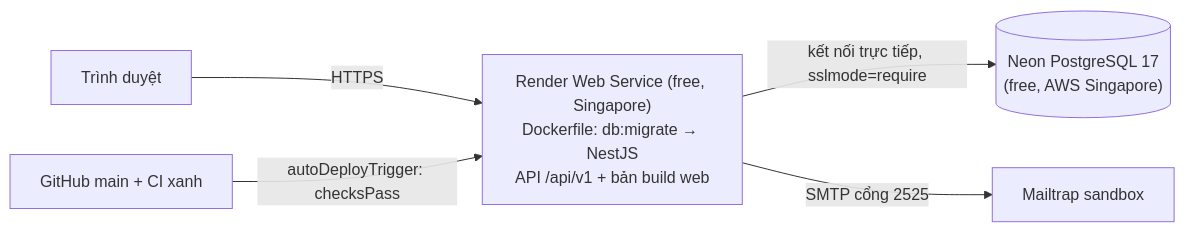
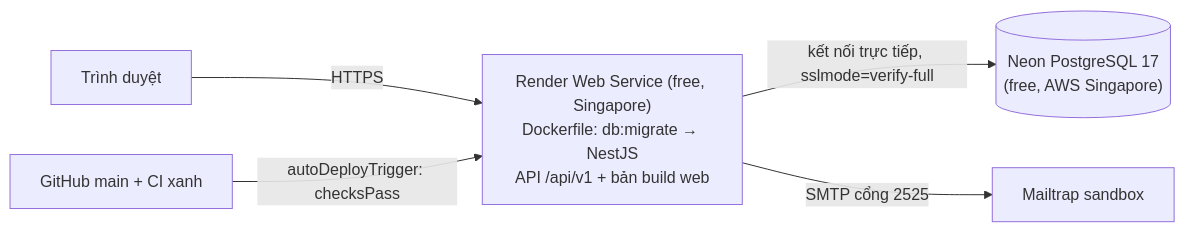
Before and after one commit to hoanghainh1188/planix-v2: the diagram in docs/DEPLOY-DEMO.md, drawn with Mermaid. The commit also changed other lines of this file and 5 other files, not shown here.

First line of the commit message:
fix: require sslmode=verify-full on database URLs that set sslmode (#18)

````diff
--- a/docs/DEPLOY-DEMO.md
+++ b/docs/DEPLOY-DEMO.md
@@ -9,7 +9,7 @@
 ```mermaid
 flowchart LR
   B[Trình duyệt] -->|HTTPS| R["Render Web Service (free, Singapore)<br/>Dockerfile: db:migrate → NestJS<br/>API /api/v1 + bản build web"]
-  R -->|kết nối trực tiếp, sslmode=require| N[("Neon PostgreSQL 17<br/>(free, AWS Singapore)")]
+  R -->|kết nối trực tiếp, sslmode=verify-full| N[("Neon PostgreSQL 17<br/>(free, AWS Singapore)")]
   R -->|SMTP cổng 2525| M[Mailtrap sandbox]
   G[GitHub main + CI xanh] -->|autoDeployTrigger: checksPass| R
 ```
````
